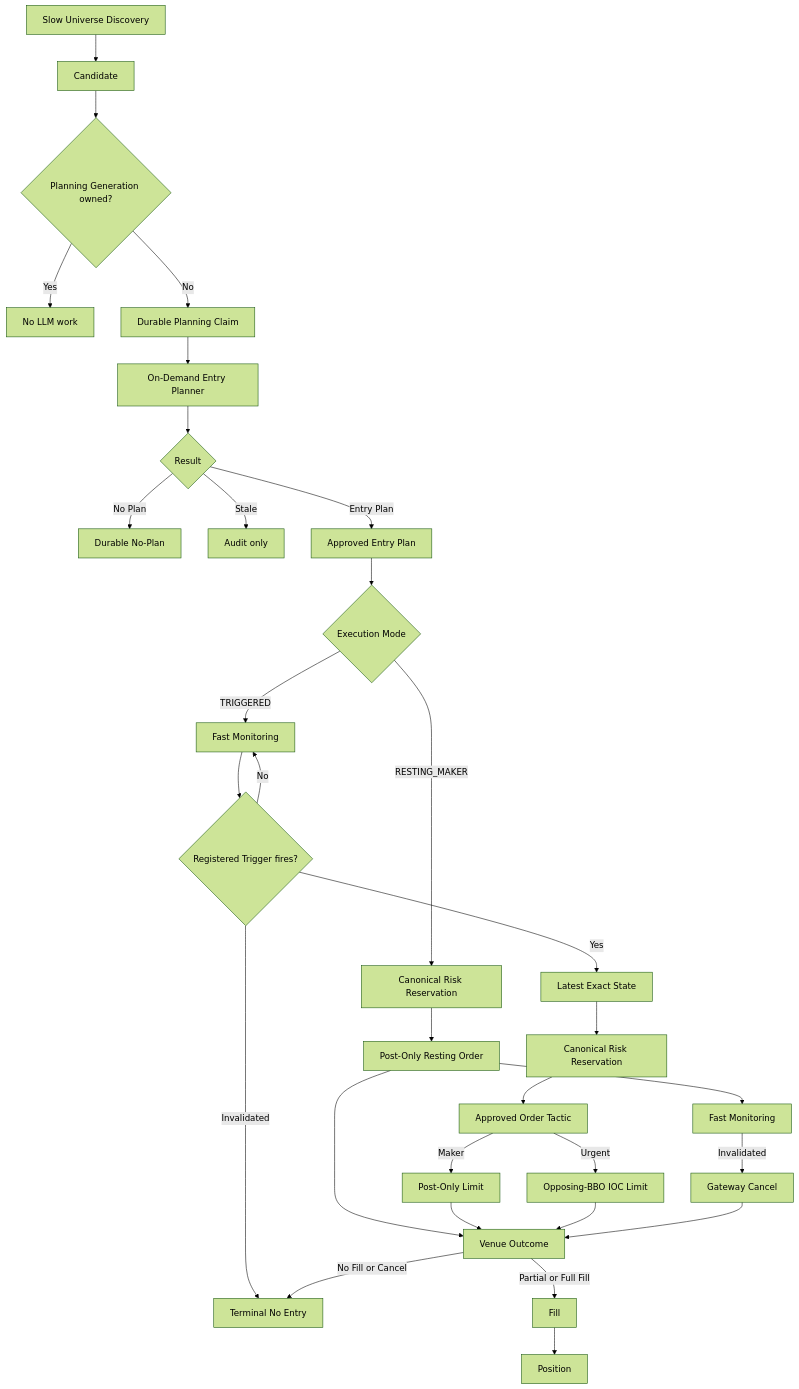
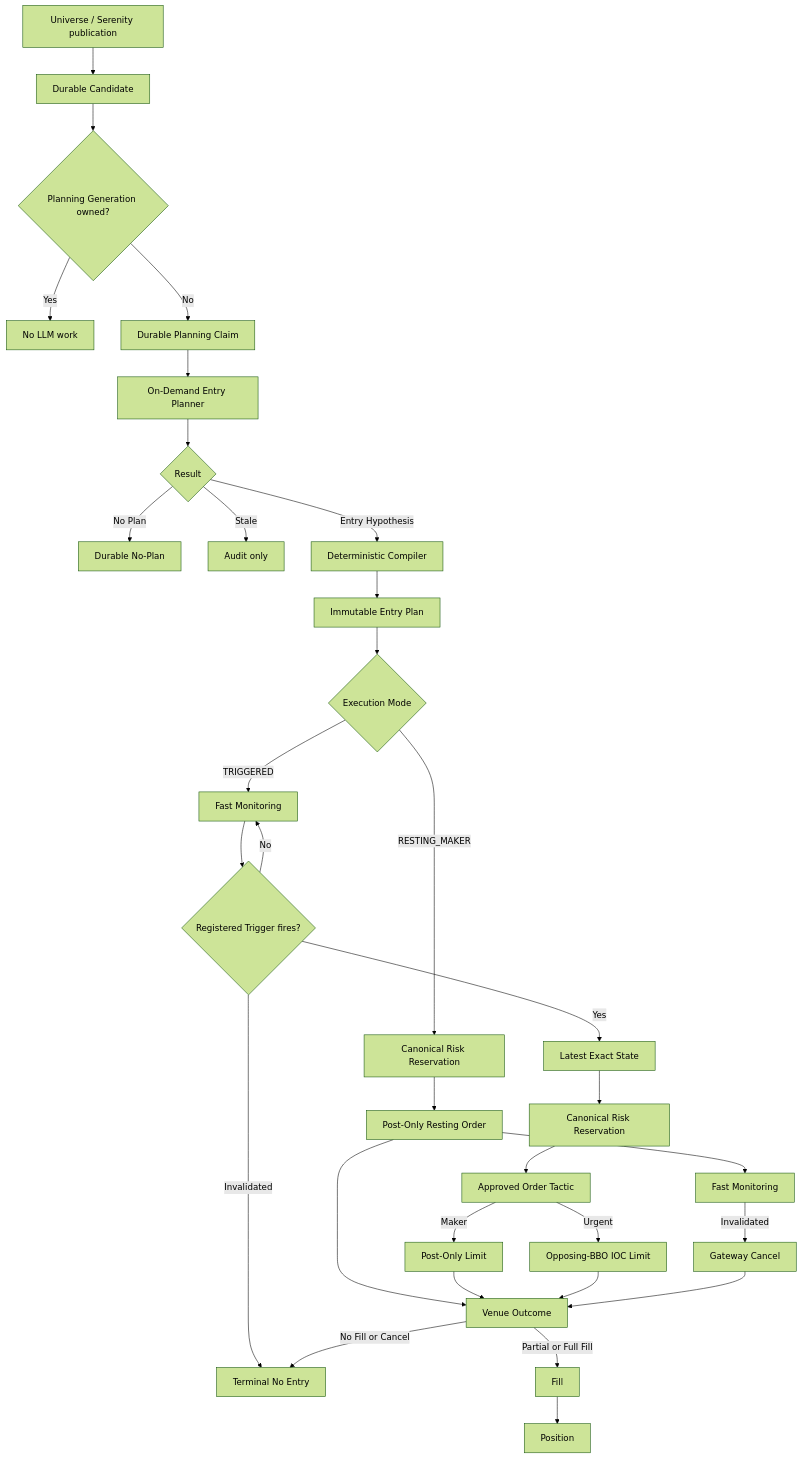
One commit to iridyne/aletheia changed the diagram in docs/design/contracts/decision_lifecycle_contract.md. Above: the diagram before and after it, drawn with Mermaid (forest theme). The commit also changed other lines of this file and 379 other files, not shown here.

````diff
--- a/docs/design/contracts/decision_lifecycle_contract.md
+++ b/docs/design/contracts/decision_lifecycle_contract.md
@@ -17,33 +17,34 @@
 ```mermaid
 flowchart TD
-    A[Slow Universe Discovery] --> B[Candidate]
+    A[Universe / Serenity publication] --> B[Durable Candidate]
     B --> C{Planning Generation owned?}
     C -->|Yes| D[No LLM work]
     C -->|No| E[Durable Planning Claim]
     E --> F[On-Demand Entry Planner]
     F --> G{Result}
     G -->|No Plan| H[Durable No-Plan]
     G -->|Stale| I[Audit only]
-    G -->|Entry Plan| J[Approved Entry Plan]
+    G -->|Entry Hypothesis| CC[Deterministic Compiler]
+    CC --> J[Immutable Entry Plan]
     J --> K{Execution Mode}
     K -->|RESTING_MAKER| L[Canonical Risk Reservation]
     L --> M[Post-Only Resting Order]
     M --> N[Fast Monitoring]
     K -->|TRIGGERED| O[Fast Monitoring]
     O --> P{Registered Trigger fires?}
     P -->|No| O
     P -->|Invalidated| Q[Terminal No Entry]
     P -->|Yes| R[Latest Exact State]
     R --> S[Canonical Risk Reservation]
     S --> T[Approved Order Tactic]
     T -->|Maker| U[Post-Only Limit]
     T -->|Urgent| V[Opposing-BBO IOC Limit]
     N -->|Invalidated| W[Gateway Cancel]
     M --> X[Venue Outcome]
     U --> X
     V --> X
     W --> X
     X -->|No Fill or Cancel| Q
     X -->|Partial or Full Fill| Y[Fill]
     Y --> Z[Position]
 ```
````
